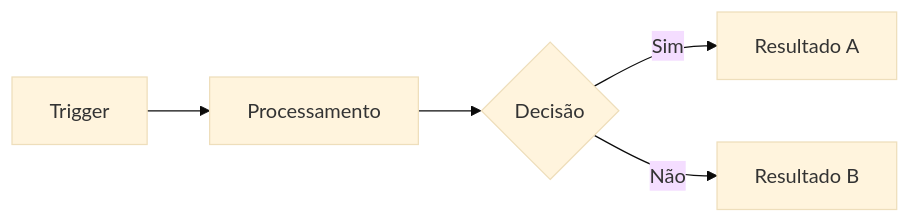
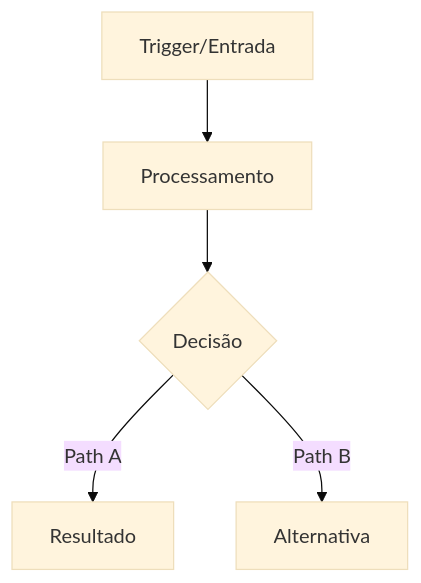
Before and after one commit to WeDOTalentcc/prototype-admin: the first of 4 diagrams in docs/proposta-skill-document-factory.md, drawn with Mermaid (base theme). The commit also changed other lines of this file and 1 other file, not shown here.

````diff
--- a/docs/proposta-skill-document-factory.md
+++ b/docs/proposta-skill-document-factory.md
@@ -98,7 +108,7 @@
 ```mermaid
-graph LR
-  A[Trigger] --> B[Processamento]
+graph TD
+  A[Trigger/Entrada] --> B[Processamento]
   B --> C{Decisão}
-  C -->|Sim| D[Resultado A]
-  C -->|Não| E[Resultado B]
+  C -->|Path A| D[Resultado]
+  C -->|Path B| E[Alternativa]
 ```
````
